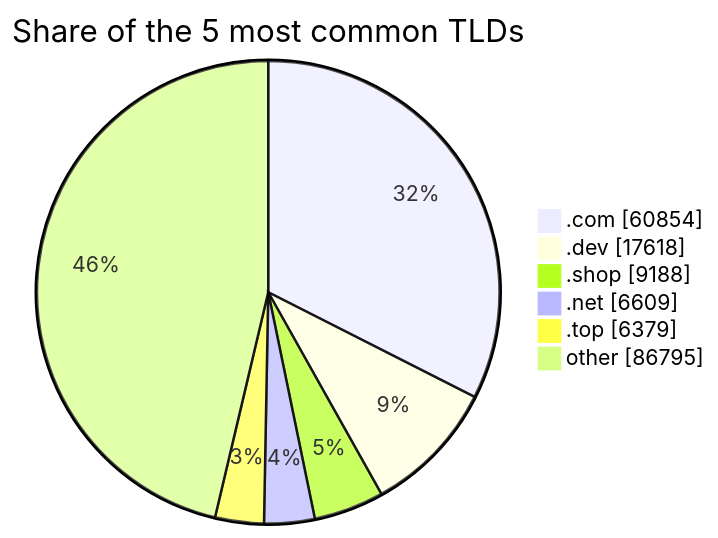
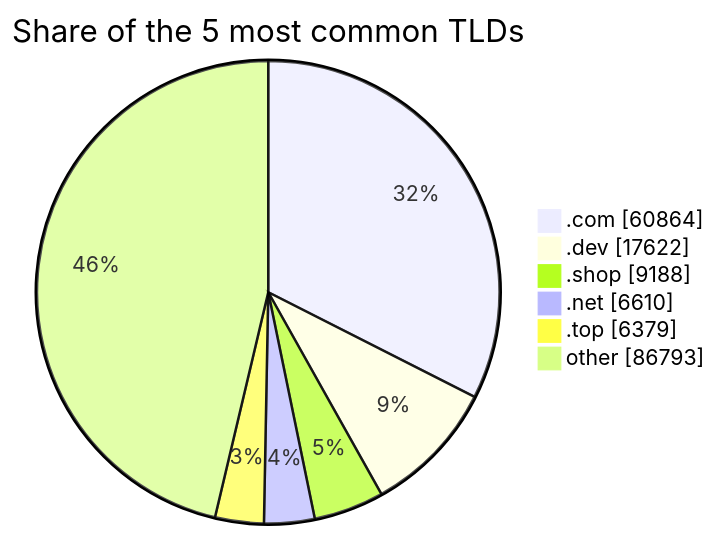
Before and after one commit to DNSBunker/CTI: the third of 3 diagrams in README.md, drawn with Mermaid. The commit also changed other lines of this file and 3 other files, not shown here.

````diff
--- a/README.md
+++ b/README.md
@@ -81,9 +81,9 @@
 ```mermaid
 pie showData title Share of the 5 most common TLDs
-    ".com" : 60854
-    ".dev" : 17618
+    ".com" : 60864
+    ".dev" : 17622
     ".shop" : 9188
-    ".net" : 6609
+    ".net" : 6610
     ".top" : 6379
-    "other" : 86795
+    "other" : 86793
 ```
````
